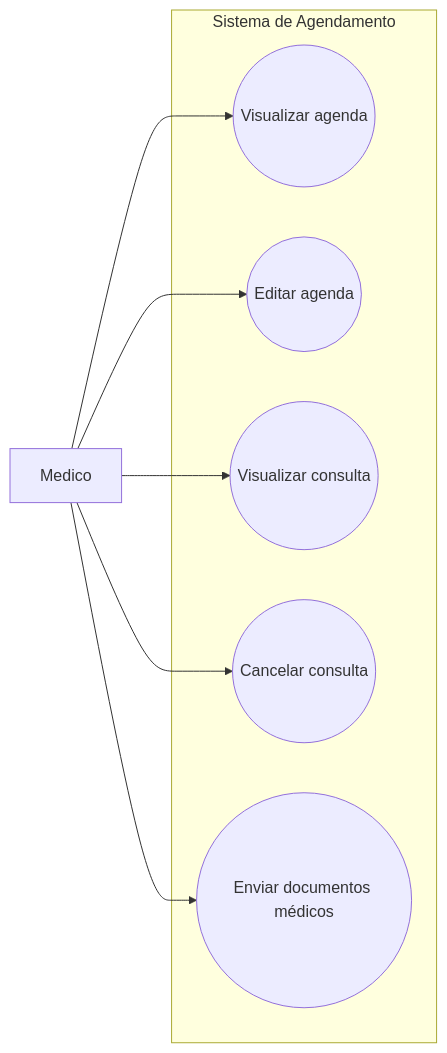
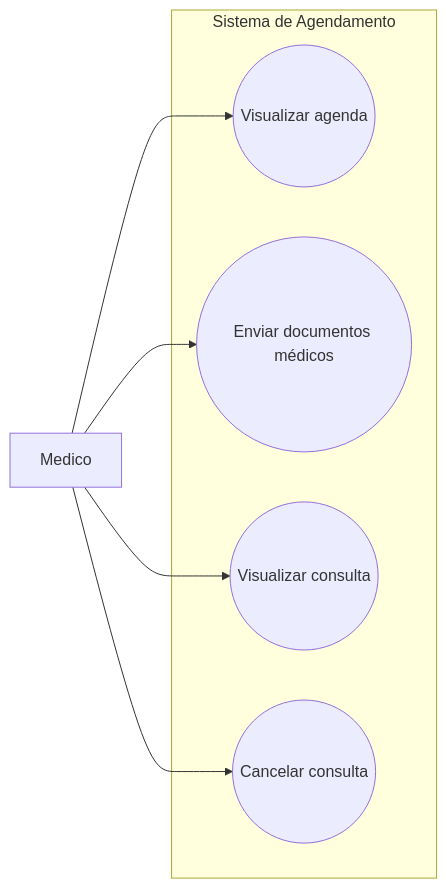
The diagram in docs/casos de uso/medico.md (InsaneCaio/eng-soft-2026-1), drawn with Mermaid before and after one commit. The commit also changed other lines of this file, not shown here.

````diff
--- a/docs/casos de uso/medico.md
+++ b/docs/casos de uso/medico.md
@@ -13,18 +12,16 @@
 ```mermaid
 flowchart LR
     M[Medico]
 
     subgraph Sistema de Agendamento
         UC1((Visualizar agenda))
-        UC2((Editar agenda))
+        UC2((Enviar documentos médicos))
         UC3((Visualizar consulta))
         UC4((Cancelar consulta))
-        UC5((Enviar documentos médicos))
     end
 
     M --> UC1
     M --> UC2
     M --> UC3
     M --> UC4
-    M --> UC5
 ```
````
